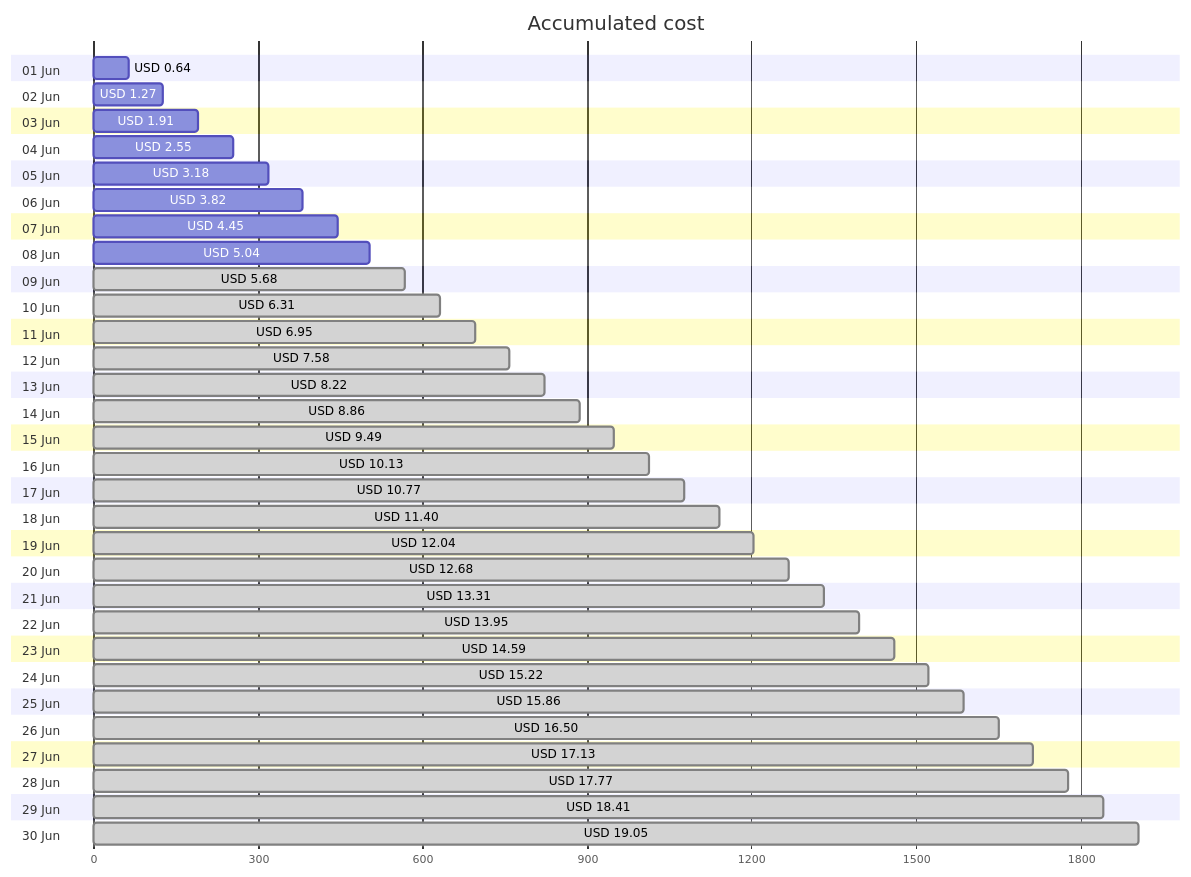
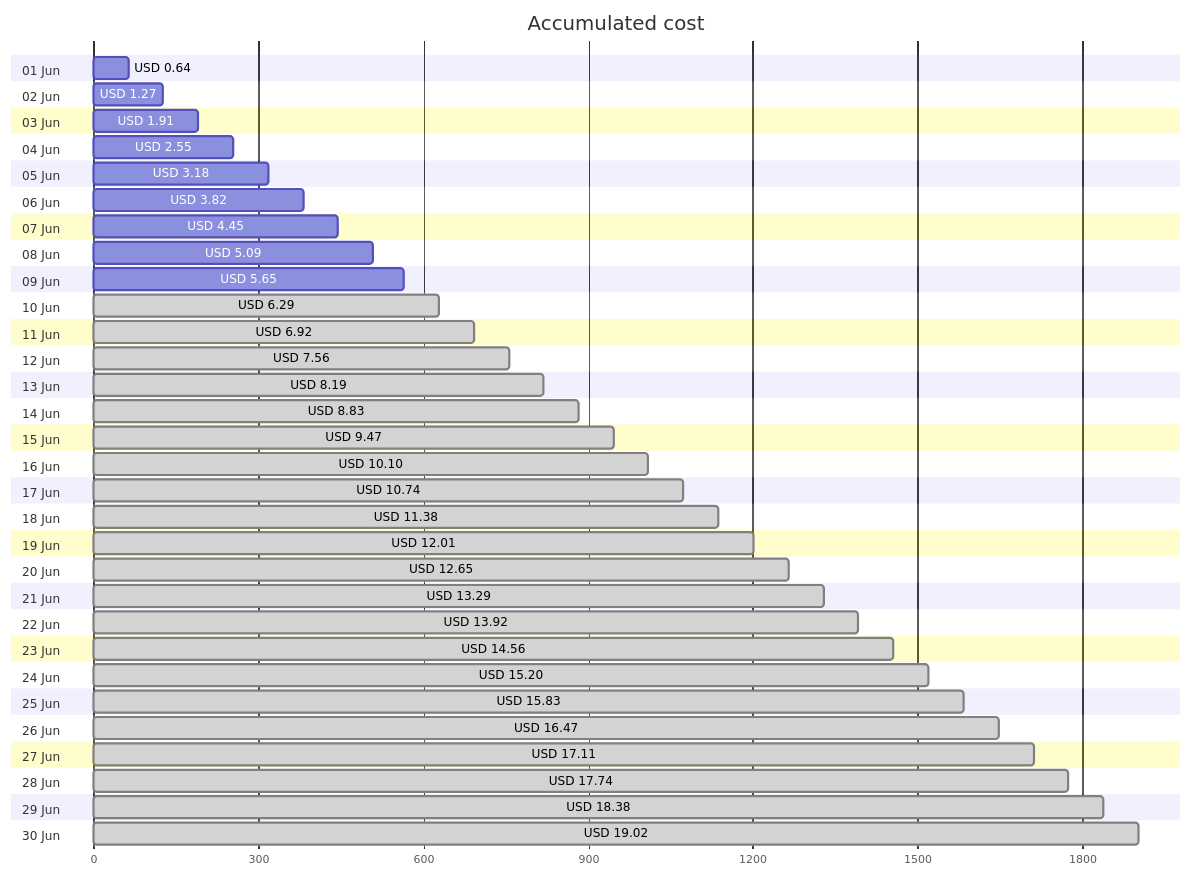
One commit to jpfulton/azure-personal-reports changed the first of 4 diagrams in cost-reports/accumulated-cost.md. Above: the diagram before and after it, drawn with Mermaid. The commit also changed other lines of this file and 4 other files, not shown here.

````diff
--- a/cost-reports/accumulated-cost.md
+++ b/cost-reports/accumulated-cost.md
@@ -20,66 +20,66 @@
 ```mermaid
 gantt
    title Accumulated cost
    dateFormat  X
    axisFormat %s
    section 01 Jun
    USD 0.64 :0, 64
    section 02 Jun
    USD 1.27 :0, 127
    section 03 Jun
    USD 1.91 :0, 191
    section 04 Jun
    USD 2.55 :0, 255
    section 05 Jun
    USD 3.18 :0, 318
    section 06 Jun
    USD 3.82 :0, 382
    section 07 Jun
    USD 4.45 :0, 445
    section 08 Jun
-   USD 5.04 :0, 504
+   USD 5.09 :0, 509
    section 09 Jun
-   USD 5.68 : done, 0, 568
+   USD 5.65 :0, 565
    section 10 Jun
-   USD 6.31 : done, 0, 631
+   USD 6.29 : done, 0, 629
    section 11 Jun
-   USD 6.95 : done, 0, 695
+   USD 6.92 : done, 0, 692
    section 12 Jun
-   USD 7.58 : done, 0, 758
+   USD 7.56 : done, 0, 756
    section 13 Jun
-   USD 8.22 : done, 0, 822
+   USD 8.19 : done, 0, 819
    section 14 Jun
-   USD 8.86 : done, 0, 886
+   USD 8.83 : done, 0, 883
    section 15 Jun
-   USD 9.49 : done, 0, 949
+   USD 9.47 : done, 0, 947
    section 16 Jun
-   USD 10.13 : done, 0, 1013
+   USD 10.10 : done, 0, 1010
    section 17 Jun
-   USD 10.77 : done, 0, 1077
+   USD 10.74 : done, 0, 1074
    section 18 Jun
-   USD 11.40 : done, 0, 1140
+   USD 11.38 : done, 0, 1138
    section 19 Jun
-   USD 12.04 : done, 0, 1204
+   USD 12.01 : done, 0, 1201
    section 20 Jun
-   USD 12.68 : done, 0, 1268
+   USD 12.65 : done, 0, 1265
    section 21 Jun
-   USD 13.31 : done, 0, 1331
+   USD 13.29 : done, 0, 1329
    section 22 Jun
-   USD 13.95 : done, 0, 1395
+   USD 13.92 : done, 0, 1392
    section 23 Jun
-   USD 14.59 : done, 0, 1459
+   USD 14.56 : done, 0, 1456
    section 24 Jun
-   USD 15.22 : done, 0, 1522
+   USD 15.20 : done, 0, 1520
    section 25 Jun
-   USD 15.86 : done, 0, 1586
+   USD 15.83 : done, 0, 1583
    section 26 Jun
-   USD 16.50 : done, 0, 1650
+   USD 16.47 : done, 0, 1647
    section 27 Jun
-   USD 17.13 : done, 0, 1713
+   USD 17.11 : done, 0, 1711
    section 28 Jun
-   USD 17.77 : done, 0, 1777
+   USD 17.74 : done, 0, 1774
    section 29 Jun
-   USD 18.41 : done, 0, 1841
+   USD 18.38 : done, 0, 1838
    section 30 Jun
-   USD 19.05 : done, 0, 1905
+   USD 19.02 : done, 0, 1902
 ```
````
